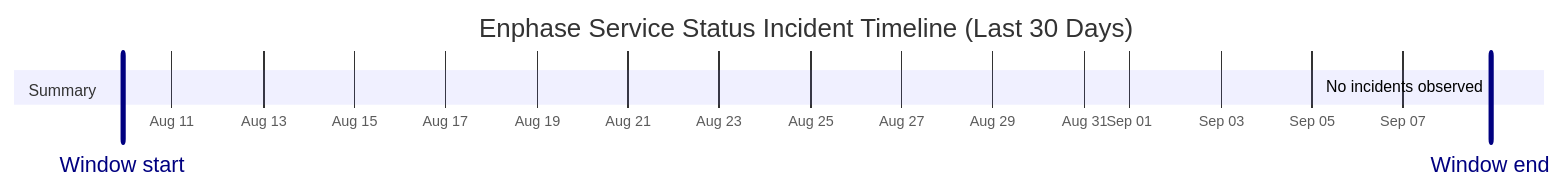
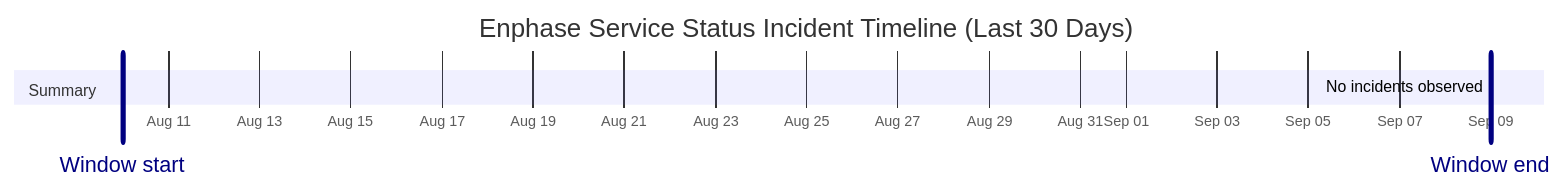
The diagram in wiki/Service-Status-History.md (barneyonline/ha-enphase-energy), drawn with Mermaid before and after one commit. The commit also changed other lines of this file and 3 other files, not shown here.

````diff
--- a/wiki/Service-Status-History.md
+++ b/wiki/Service-Status-History.md
@@ -14,10 +14,10 @@
 ```mermaid
 gantt
     title Enphase Service Status Incident Timeline (Last 30 Days)
     dateFormat  YYYY-MM-DDTHH:mm:ss
     axisFormat  %b %d
-    Window start :vert, window-start, 2026-08-09T21:58:52, 0ms
-    Window end :vert, window-end, 2026-09-08T21:58:52, 0ms
+    Window start :vert, window-start, 2026-08-10T00:01:02, 0ms
+    Window end :vert, window-end, 2026-09-09T00:01:02, 0ms
     section Summary
-    No incidents observed :done, 2026-09-08T21:58:52, 1m
+    No incidents observed :done, 2026-09-09T00:01:02, 1m
 ```
````
